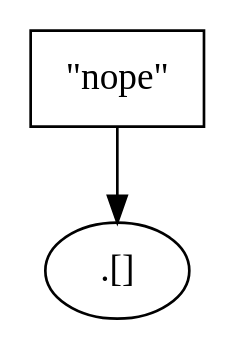
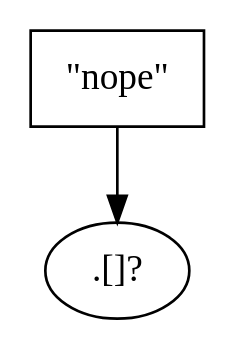
Before and after one commit to gnuvince/fnf-vfoley: the diagram in jq/foreach-filter-no-error.dot, drawn with Graphviz.

Commit message:
Fix typo in foreach filter

```diff
--- a/jq/foreach-filter-no-error.dot
+++ b/jq/foreach-filter-no-error.dot
@@ -1,6 +1,6 @@
 digraph G {
     n1 [label = "\"nope\"", shape = "rect"];
-    filter [label = ".[]"];
+    filter [label = ".[]?"];
 
     n1 -> filter;
 }
```
